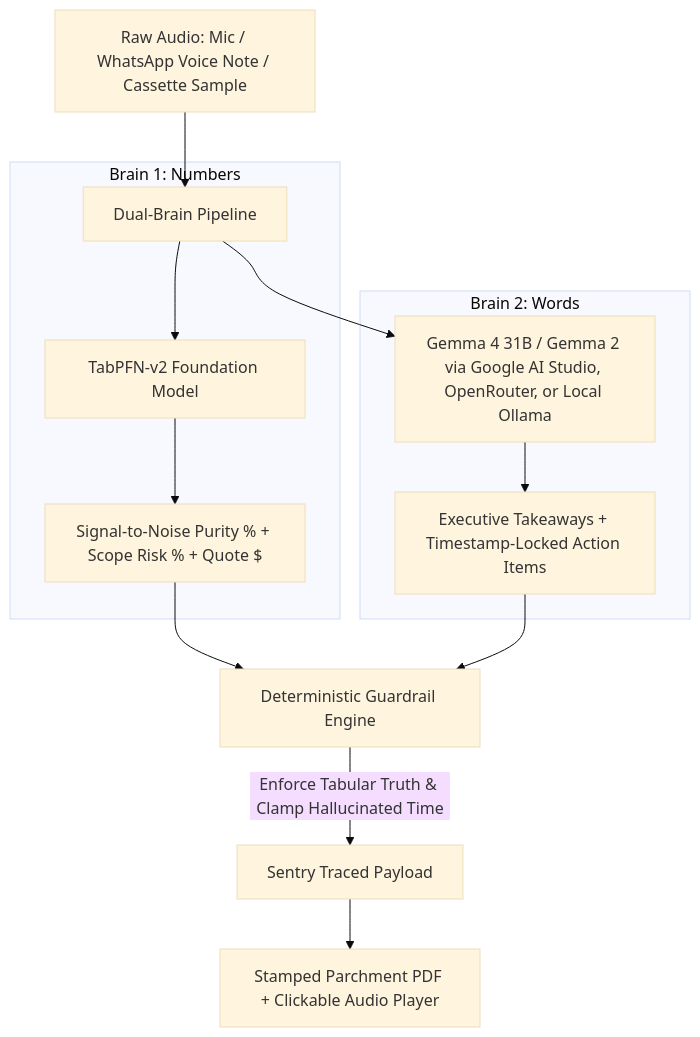
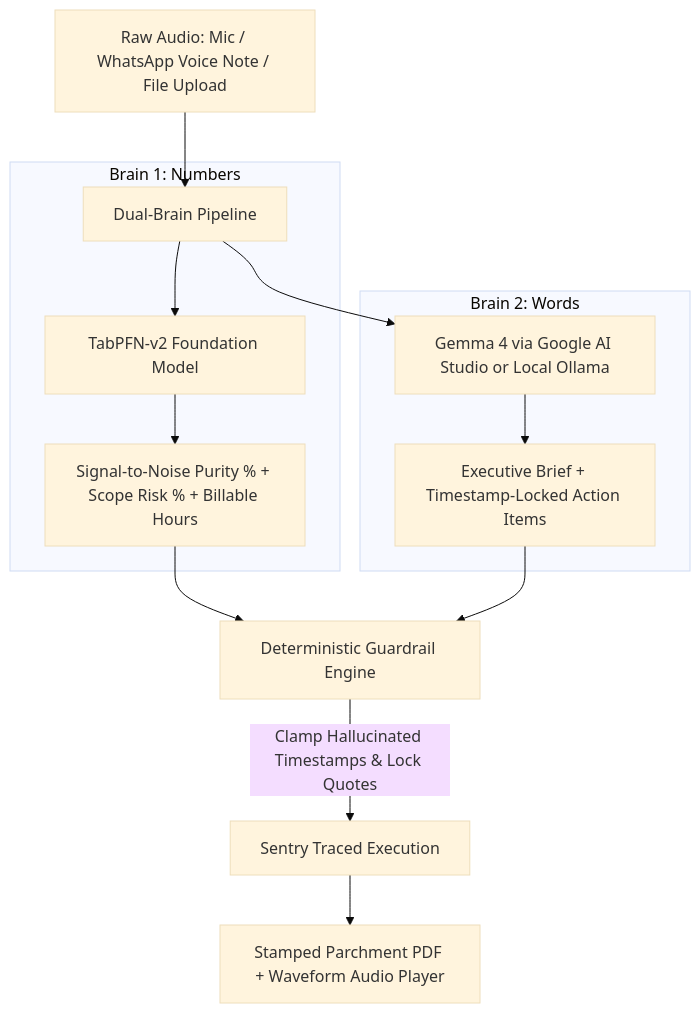
Before and after one commit to Labreo/audiobite.tech: the diagram in SUBMISSION_POST.md, drawn with Mermaid (base theme). The commit also changed other lines of this file, not shown here.

````diff
--- a/SUBMISSION_POST.md
+++ b/SUBMISSION_POST.md
@@ -42,20 +42,20 @@
 ```mermaid
 graph TD
-    A[Raw Audio: Mic / WhatsApp Voice Note / Cassette Sample] --> B[Dual-Brain Pipeline]
+    A[Raw Audio: Mic / WhatsApp Voice Note / File Upload] --> B[Dual-Brain Pipeline]
     
     subgraph Brain 1: Numbers
     B --> C[TabPFN-v2 Foundation Model]
-    C --> D[Signal-to-Noise Purity % + Scope Risk % + Quote $]
+    C --> D[Signal-to-Noise Purity % + Scope Risk % + Billable Hours]
     end
     
     subgraph Brain 2: Words
-    B --> E[Gemma 4 31B / Gemma 2 via Google AI Studio, OpenRouter, or Local Ollama]
-    E --> F[Executive Takeaways + Timestamp-Locked Action Items]
+    B --> E[Gemma 4 via Google AI Studio or Local Ollama]
+    E --> F[Executive Brief + Timestamp-Locked Action Items]
     end
     
     D --> G[Deterministic Guardrail Engine]
     F --> G
     
-    G -->|Enforce Tabular Truth & Clamp Hallucinated Time| H[Sentry Traced Payload]
-    H --> I[Stamped Parchment PDF + Clickable Audio Player]
+    G -->|Clamp Hallucinated Timestamps & Lock Quotes| H[Sentry Traced Execution]
+    H --> I[Stamped Parchment PDF + Waveform Audio Player]
 ```
````
